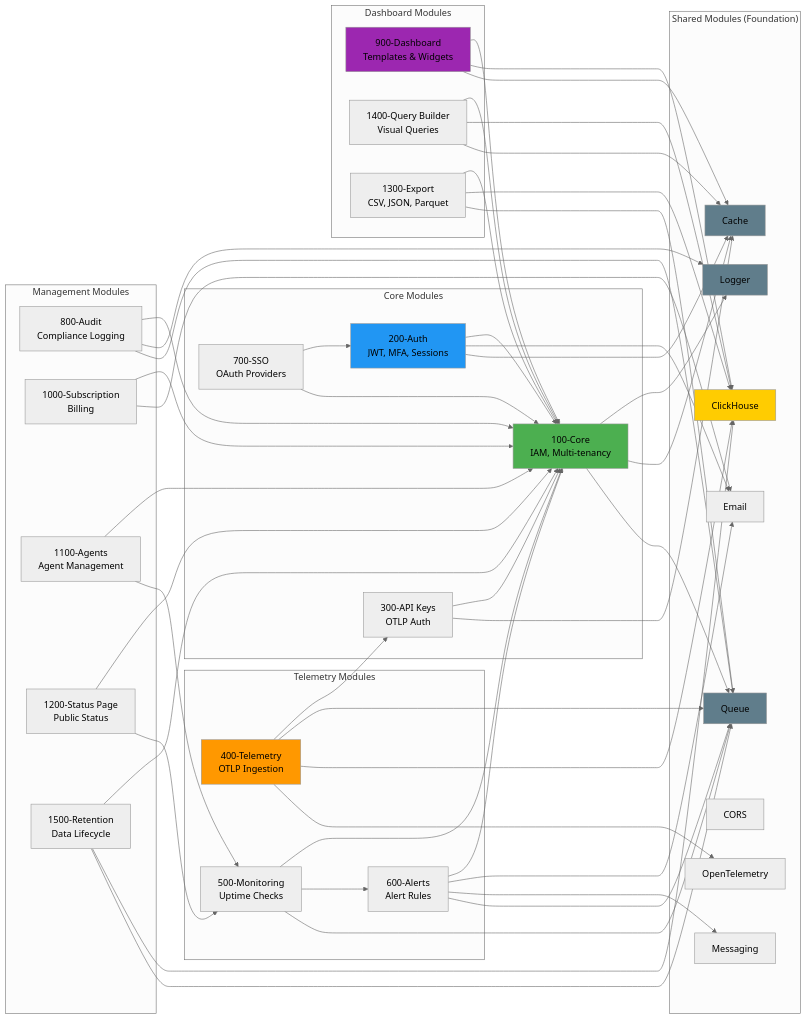
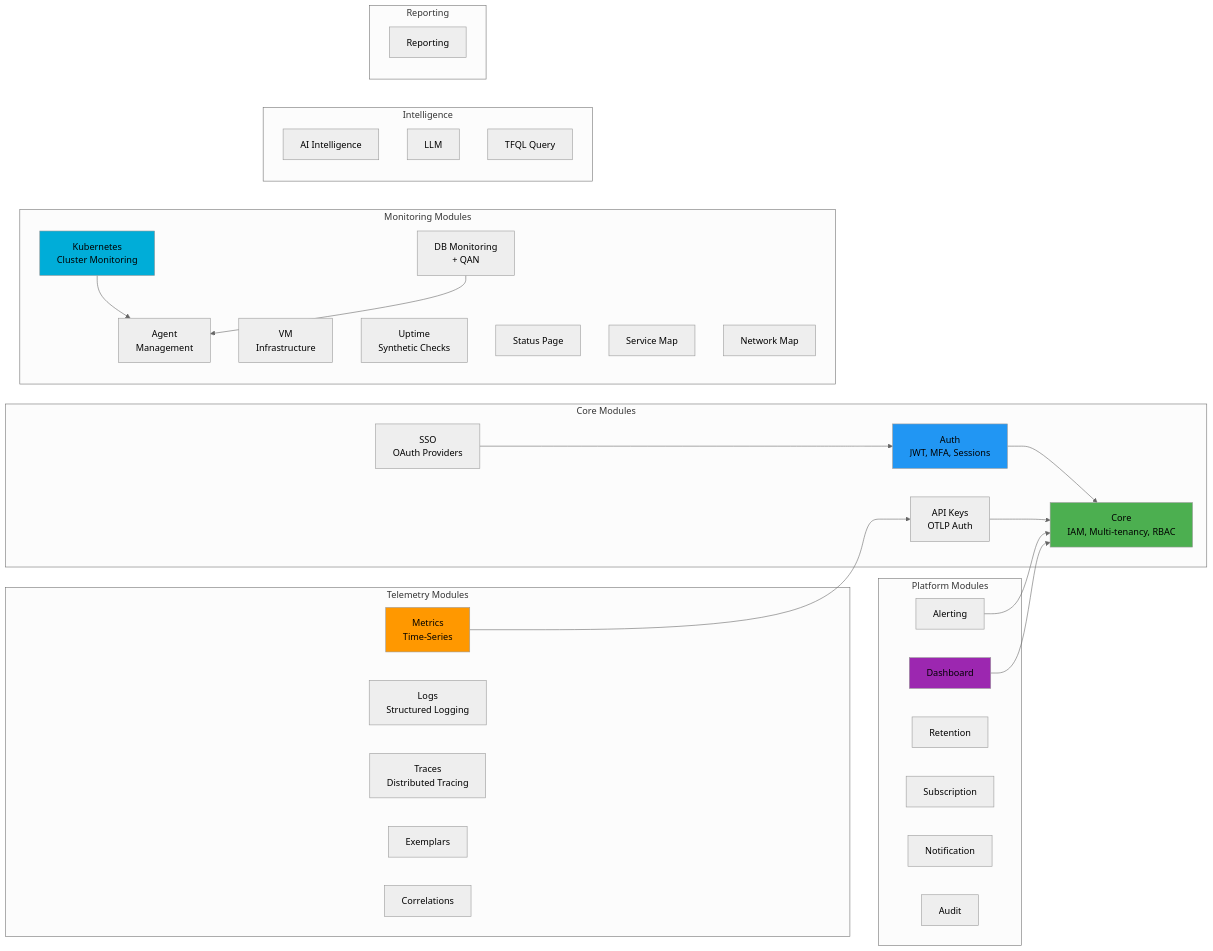
One commit to telemetryflow/telemetryflow-overview changed diagram 12 of 12 in README.md. Above: the diagram before and after it, drawn with Mermaid (neutral theme). The commit also changed other lines of this file and 68 other files, not shown here.

````diff
--- a/README.md
+++ b/README.md
@@ -831,106 +812,62 @@
 ```mermaid
 graph LR
-    subgraph "Shared Modules (Foundation)"
-        LOGGER[Logger]
-        CACHE[Cache]
-        QUEUE[Queue]
-        MSG[Messaging]
-        EMAIL[Email]
-        CORS[CORS]
-        CH[ClickHouse]
-        OTEL[OpenTelemetry]
-    end
-
     subgraph "Core Modules"
-        CORE[100-Core<br/>IAM, Multi-tenancy]
-        AUTH[200-Auth<br/>JWT, MFA, Sessions]
-        APIKEY[300-API Keys<br/>OTLP Auth]
-        SSO[700-SSO<br/>OAuth Providers]
+        CORE["Core<br/>IAM, Multi-tenancy, RBAC"]
+        AUTH["Auth<br/>JWT, MFA, Sessions"]
+        APIKEY["API Keys<br/>OTLP Auth"]
+        SSO["SSO<br/>OAuth Providers"]
     end
 
     subgraph "Telemetry Modules"
-        TELEM[400-Telemetry<br/>OTLP Ingestion]
-        MONITOR[500-Monitoring<br/>Uptime Checks]
-        ALERT[600-Alerts<br/>Alert Rules]
+        METRICS["Metrics<br/>Time-Series"]
+        LOGS["Logs<br/>Structured Logging"]
+        TRACES["Traces<br/>Distributed Tracing"]
+        EXM["Exemplars"]
+        COR["Correlations"]
     end
 
-    subgraph "Dashboard Modules"
-        DASH[900-Dashboard<br/>Templates & Widgets]
-        QUERY[1400-Query Builder<br/>Visual Queries]
-        EXPORT[1300-Export<br/>CSV, JSON, Parquet]
+    subgraph "Monitoring Modules"
+        AGENT["Agent<br/>Management"]
+        K8S["Kubernetes<br/>Cluster Monitoring"]
+        VM["VM<br/>Infrastructure"]
+        UPT["Uptime<br/>Synthetic Checks"]
+        STP["Status Page"]
+        SVM["Service Map"]
+        NWM["Network Map"]
+        DBM["DB Monitoring<br/>+ QAN"]
     end
 
-    subgraph "Management Modules"
-        AUDIT[800-Audit<br/>Compliance Logging]
-        SUB[1000-Subscription<br/>Billing]
-        AGENT[1100-Agents<br/>Agent Management]
-        STATUS[1200-Status Page<br/>Public Status]
-        RETENTION[1500-Retention<br/>Data Lifecycle]
+    subgraph "Platform Modules"
+        DSH["Dashboard"]
+        ALR["Alerting"]
+        RET["Retention"]
+        SUB["Subscription"]
+        NOT["Notification"]
+        AUD["Audit"]
     end
 
-    CORE --> LOGGER
-    CORE --> CACHE
-    CORE --> QUEUE
+    subgraph "Intelligence"
+        AI["AI Intelligence"]
+        LLM["LLM"]
+        TFQL["TFQL Query"]
+    end
+
+    subgraph "Reporting"
+        RPT["Reporting"]
+    end
 
     AUTH --> CORE
-    AUTH --> EMAIL
-    AUTH --> CACHE
-
     APIKEY --> CORE
-    APIKEY --> CACHE
-
     SSO --> AUTH
-    SSO --> CORE
-
-    TELEM --> APIKEY
-    TELEM --> QUEUE
-    TELEM --> CH
-    TELEM --> OTEL
-
-    MONITOR --> CORE
-    MONITOR --> ALERT
-    MONITOR --> QUEUE
-
-    ALERT --> CORE
-    ALERT --> EMAIL
-    ALERT --> MSG
-    ALERT --> QUEUE
-
-    DASH --> CORE
-    DASH --> CH
-    DASH --> CACHE
-
-    QUERY --> CORE
-    QUERY --> CH
-    QUERY --> CACHE
-
-    EXPORT --> CORE
-    EXPORT --> CH
-    EXPORT --> QUEUE
-
-    AUDIT --> CORE
-    AUDIT --> LOGGER
-    AUDIT --> QUEUE
-
-    SUB --> CORE
-    SUB --> EMAIL
-
-    AGENT --> CORE
-    AGENT --> MONITOR
-
-    STATUS --> CORE
-    STATUS --> MONITOR
-
-    RETENTION --> CORE
-    RETENTION --> CH
-    RETENTION --> QUEUE
+    METRICS --> APIKEY
+    K8S --> AGENT
+    DBM --> AGENT
+    ALR --> CORE
+    DSH --> CORE
 
     style CORE fill:#4CAF50
     style AUTH fill:#2196F3
-    style TELEM fill:#FF9800
-    style DASH fill:#9C27B0
-    style LOGGER fill:#607D8B
-    style CACHE fill:#607D8B
-    style QUEUE fill:#607D8B
-    style CH fill:#ffcc01
+    style METRICS fill:#FF9800
+    style K8S fill:#00ADD8
+    style DSH fill:#9C27B0
 ```
````
